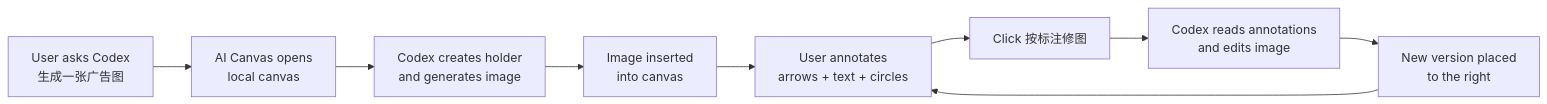
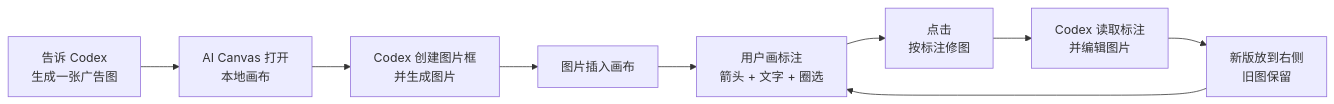
Before and after one commit to binghe1980/AI-Canvas: the diagram in README.md, drawn with Mermaid. The commit also changed other lines of this file and 1 other file, not shown here.

````diff
--- a/README.md
+++ b/README.md
@@ -69,11 +77,11 @@
 ```mermaid
 flowchart LR
-  A["User asks Codex<br/>生成一张广告图"] --> B["AI Canvas opens<br/>local canvas"]
-  B --> C["Codex creates holder<br/>and generates image"]
-  C --> D["Image inserted<br/>into canvas"]
-  D --> E["User annotates<br/>arrows + text + circles"]
-  E --> F["Click 按标注修图"]
-  F --> G["Codex reads annotations<br/>and edits image"]
-  G --> H["New version placed<br/>to the right"]
+  A["告诉 Codex<br/>生成一张广告图"] --> B["AI Canvas 打开<br/>本地画布"]
+  B --> C["Codex 创建图片框<br/>并生成图片"]
+  C --> D["图片插入画布"]
+  D --> E["用户画标注<br/>箭头 + 文字 + 圈选"]
+  E --> F["点击<br/>按标注修图"]
+  F --> G["Codex 读取标注<br/>并编辑图片"]
+  G --> H["新版放到右侧<br/>旧图保留"]
   H --> E
 ```
````
